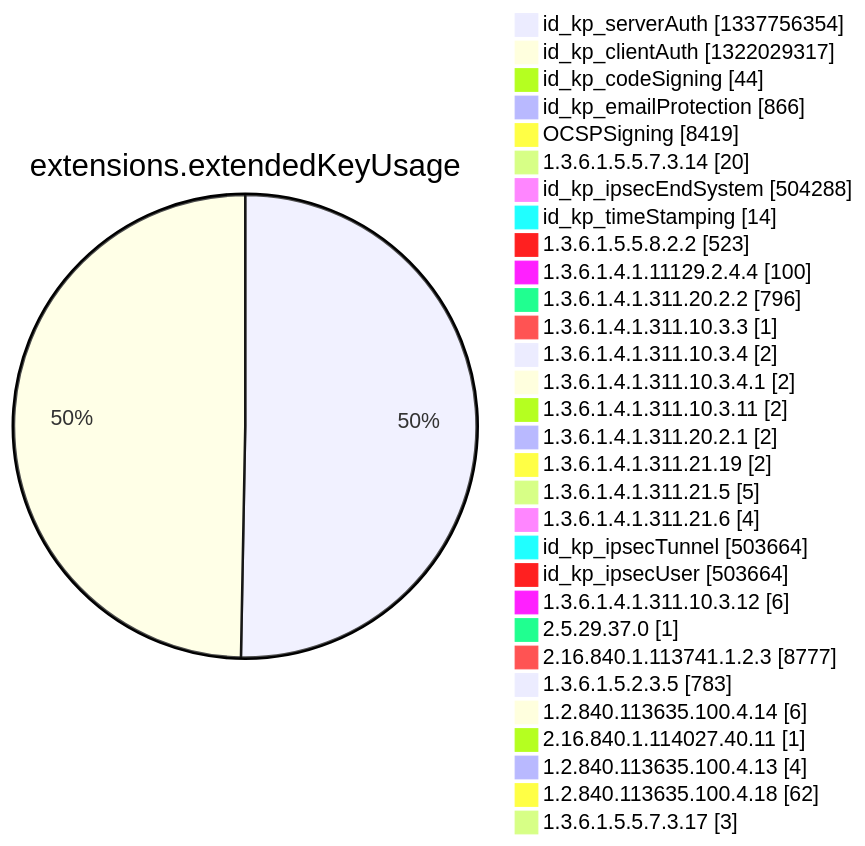
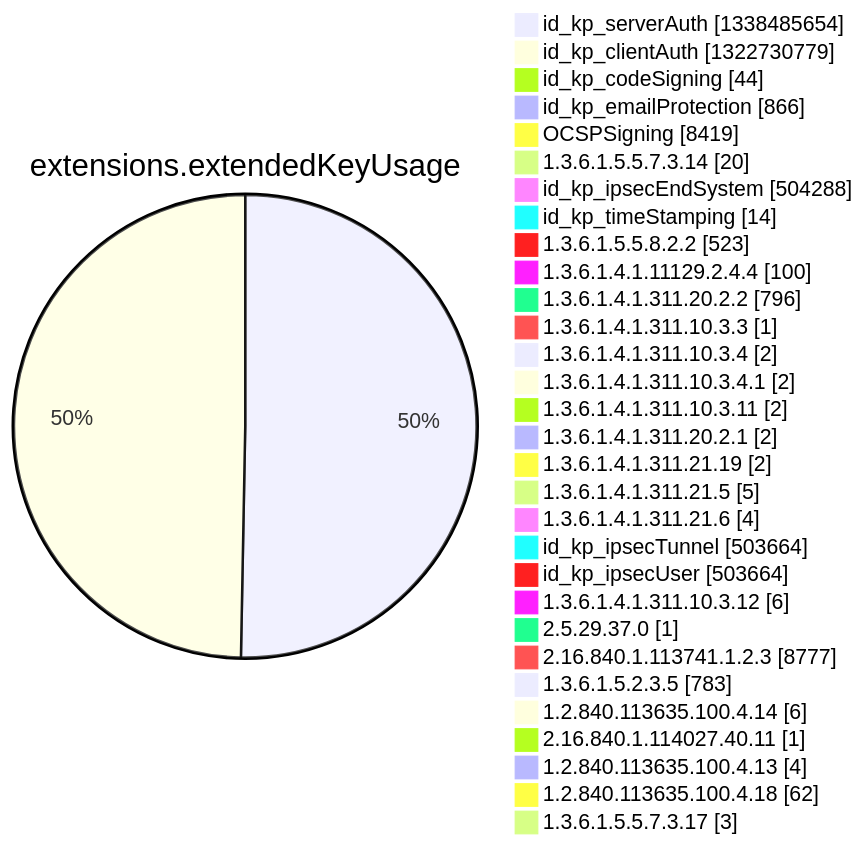
Before and after one commit to christiankrug/ctmonitor_visualization: diagram 12 of 15 in argon2022/README.md, drawn with Mermaid. The commit also changed other lines of this file, not shown here.

````diff
--- a/argon2022/README.md
+++ b/argon2022/README.md
@@ -3553,34 +3553,34 @@
 ```mermaid
 pie showData
 title extensions.extendedKeyUsage
-"id_kp_serverAuth" :1337756354
-"id_kp_clientAuth" :1322029317
+"id_kp_serverAuth" :1338485654
+"id_kp_clientAuth" :1322730779
 "id_kp_codeSigning" :44
 "id_kp_emailProtection" :866
 "OCSPSigning" :8419
 "1.3.6.1.5.5.7.3.14" :20
 "id_kp_ipsecEndSystem" :504288
 "id_kp_timeStamping" :14
 "1.3.6.1.5.5.8.2.2" :523
 "1.3.6.1.4.1.11129.2.4.4" :100
 "1.3.6.1.4.1.311.20.2.2" :796
 "1.3.6.1.4.1.311.10.3.3" :1
 "1.3.6.1.4.1.311.10.3.4" :2
 "1.3.6.1.4.1.311.10.3.4.1" :2
 "1.3.6.1.4.1.311.10.3.11" :2
 "1.3.6.1.4.1.311.20.2.1" :2
 "1.3.6.1.4.1.311.21.19" :2
 "1.3.6.1.4.1.311.21.5" :5
 "1.3.6.1.4.1.311.21.6" :4
 "id_kp_ipsecTunnel" :503664
 "id_kp_ipsecUser" :503664
 "1.3.6.1.4.1.311.10.3.12" :6
 "2.5.29.37.0" :1
 "2.16.840.1.113741.1.2.3" :8777
 "1.3.6.1.5.2.3.5" :783
 "1.2.840.113635.100.4.14" :6
 "2.16.840.1.114027.40.11" :1
 "1.2.840.113635.100.4.13" :4
 "1.2.840.113635.100.4.18" :62
 "1.3.6.1.5.5.7.3.17" :3
 ```
````
